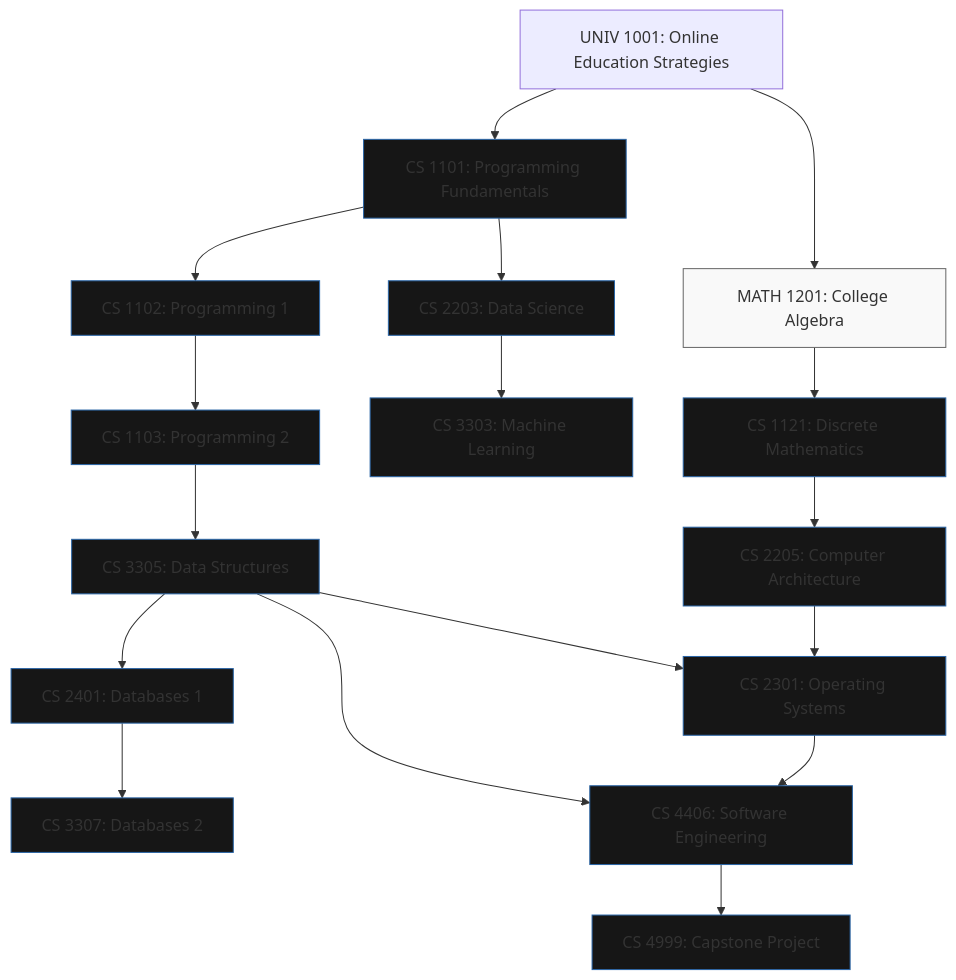
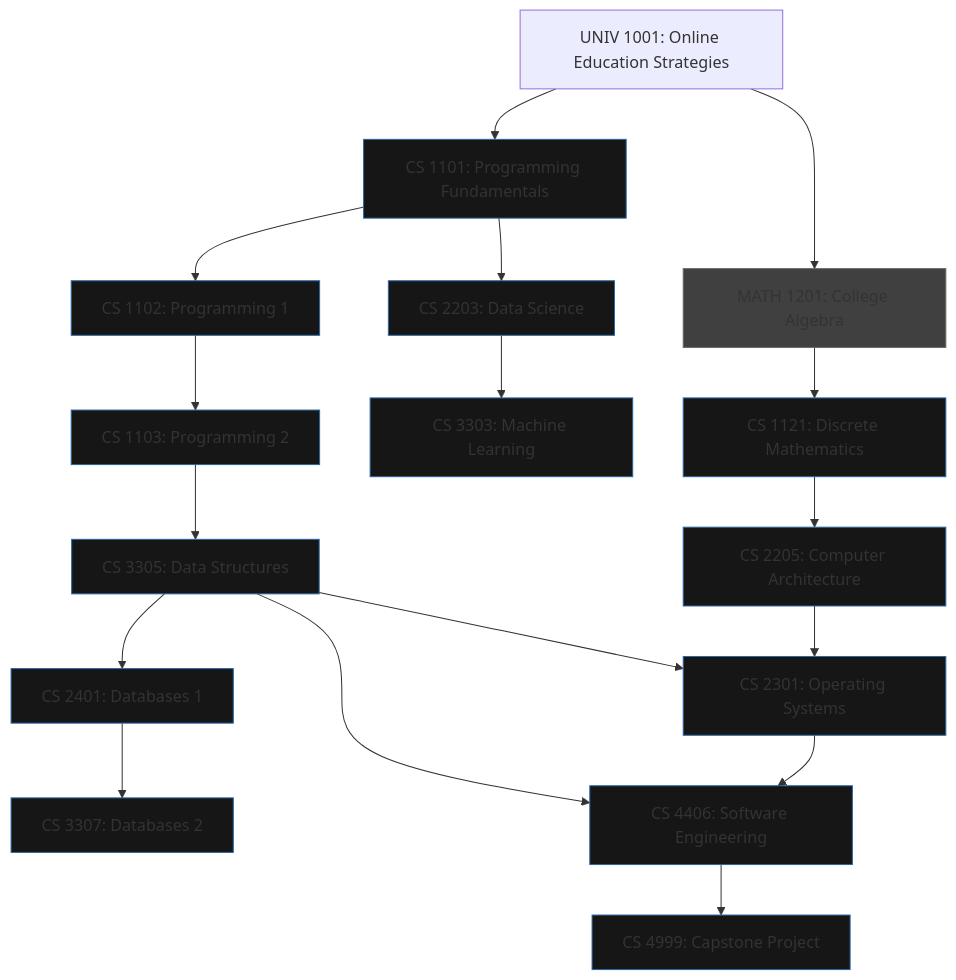
Before and after one commit to UoPeople-Computing-Network/awesome-uopeople-cs: the diagram in README.md, drawn with Mermaid.

````diff
--- a/README.md
+++ b/README.md
@@ -5,43 +5,43 @@
 ```mermaid
 graph TD
     %% === Course Nodes ===
     A[UNIV 1001: Online Education Strategies]
     B[CS 1101: Programming Fundamentals]
     C[CS 1102: Programming 1]
     D[CS 1103: Programming 2]
     E[CS 3305: Data Structures]
     F[CS 2203: Data Science]
     G[CS 3303: Machine Learning]
     H[MATH 1201: College Algebra]
     I[CS 1121: Discrete Mathematics]
     J[CS 2205: Computer Architecture]
     K[CS 2401: Databases 1]
     L[CS 3307: Databases 2]
     M[CS 2301: Operating Systems]
     N[CS 4406: Software Engineering]
     O[CS 4999: Capstone Project]
 
     %% === Relationships ===
     A --> B
     B --> C
     C --> D
     D --> E
     B --> F
     F --> G
     A --> H
     H --> I
     I --> J
     E --> K
     K --> L
     J --> M
     E --> M
     M --> N
     E --> N
     N --> O
 
     %% === Styling ===
     classDef cs fill:#161616,stroke:#2a65a6,stroke-width:1px;
-    classDef math fill:#f9f9f9,stroke:#666,stroke-width:1px;
+    classDef math fill:#404040,stroke:#666,stroke-width:1px;
     class B,C,D,E,F,G,I,J,K,L,M,N,O cs;
     class H math;
 ```
````
